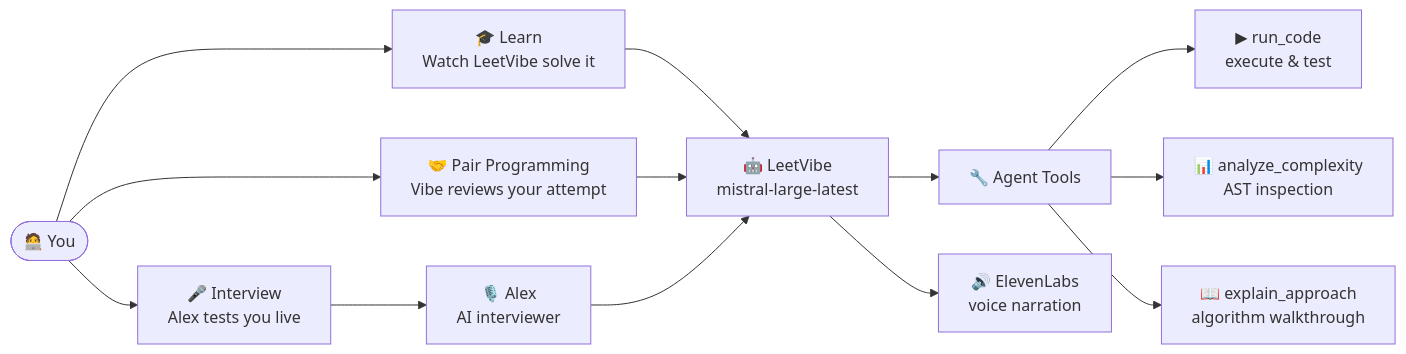
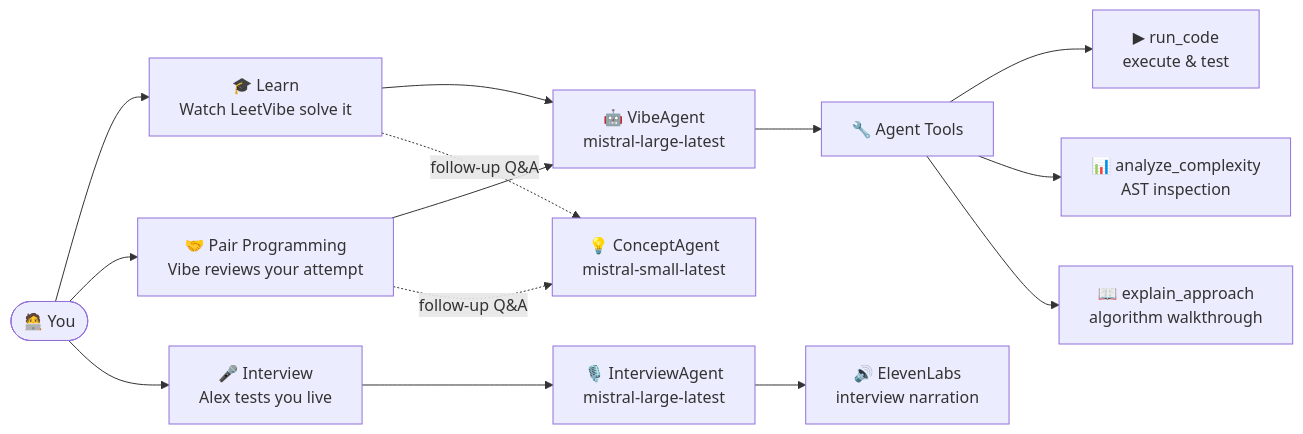
One commit to Hiba-Chaabnia/LeetVibe changed the first of 7 diagrams in README.md. Above: the diagram before and after it, drawn with Mermaid. The commit also changed other lines of this file and 9 other files, not shown here.

Commit message:
refactor: multi-agent architecture, LLM optimizations, remove auto-narration from learn and pair programming modes (v0.1.7)

````diff
--- a/README.md
+++ b/README.md
@@ -29,17 +29,17 @@
 ```mermaid
 graph LR
     You(["🧑‍💻 You"]) --> Learn["🎓 Learn\nWatch LeetVibe solve it"]
     You --> Pair["🤝 Pair Programming\nVibe reviews your attempt"]
     You --> Interview["🎤 Interview\nAlex tests you live"]
 
-    Learn & Pair --> Agent["🤖 LeetVibe\nmistral-large-latest"]
-    Interview --> Alex["🎙️ Alex\nAI interviewer"]
-    Alex --> Agent
+    Learn & Pair --> VibeAgent["🤖 VibeAgent\nmistral-large-latest"]
+    Interview --> InterviewAgent["🎙️ InterviewAgent\nmistral-large-latest"]
+    Learn & Pair -.->|"follow-up Q&A"| ConceptAgent["💡 ConceptAgent\nmistral-small-latest"]
 
-    Agent --> Tools["🔧 Agent Tools"]
+    VibeAgent --> Tools["🔧 Agent Tools"]
     Tools --> RunCode["▶ run_code\nexecute & test"]
     Tools --> Complexity["📊 analyze_complexity\nAST inspection"]
     Tools --> Explain["📖 explain_approach\nalgorithm walkthrough"]
 
-    Agent --> Voice["🔊 ElevenLabs\nvoice narration"]
+    InterviewAgent --> Voice["🔊 ElevenLabs\ninterview narration"]
 ```
````
